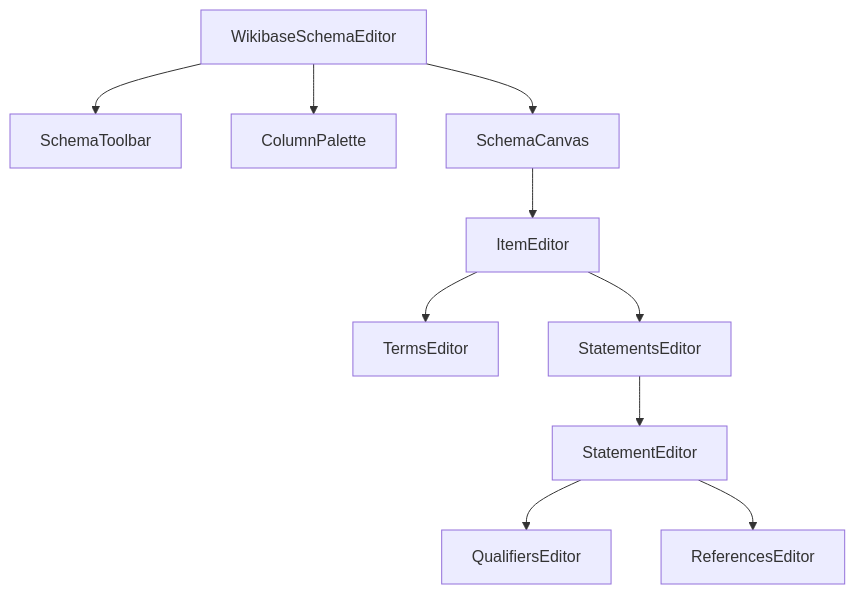
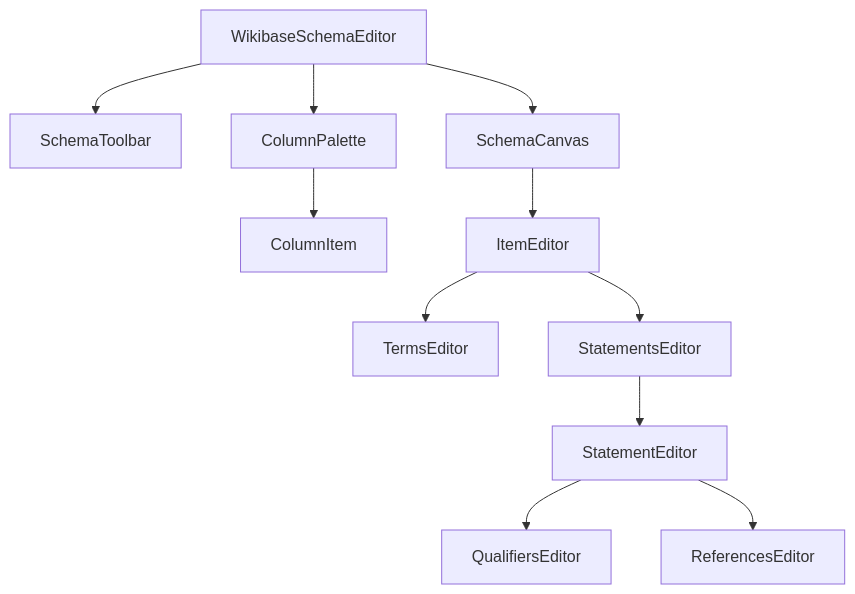
One commit to DaxServer/dataforge changed the second of 2 diagrams in .kiro/specs/wikibase-schema-editor/design.md. Above: the diagram before and after it, drawn with Mermaid. The commit also changed other lines of this file and 25 other files, not shown here.

Commit message:
feat(wikibase-schema-editor): build terms editor component (#84)

````diff
--- a/.kiro/specs/wikibase-schema-editor/design.md
+++ b/.kiro/specs/wikibase-schema-editor/design.md
@@ -27,12 +27,13 @@
 ```mermaid
 graph TD
     A[WikibaseSchemaEditor] --> B[SchemaToolbar]
     A --> C[ColumnPalette]
+    C --> C1[ColumnItem]
     A --> D[SchemaCanvas]
     D --> E[ItemEditor]
     E --> F[TermsEditor]
     E --> G[StatementsEditor]
     G --> H[StatementEditor]
     H --> I[QualifiersEditor]
     H --> J[ReferencesEditor]
 ```
````
